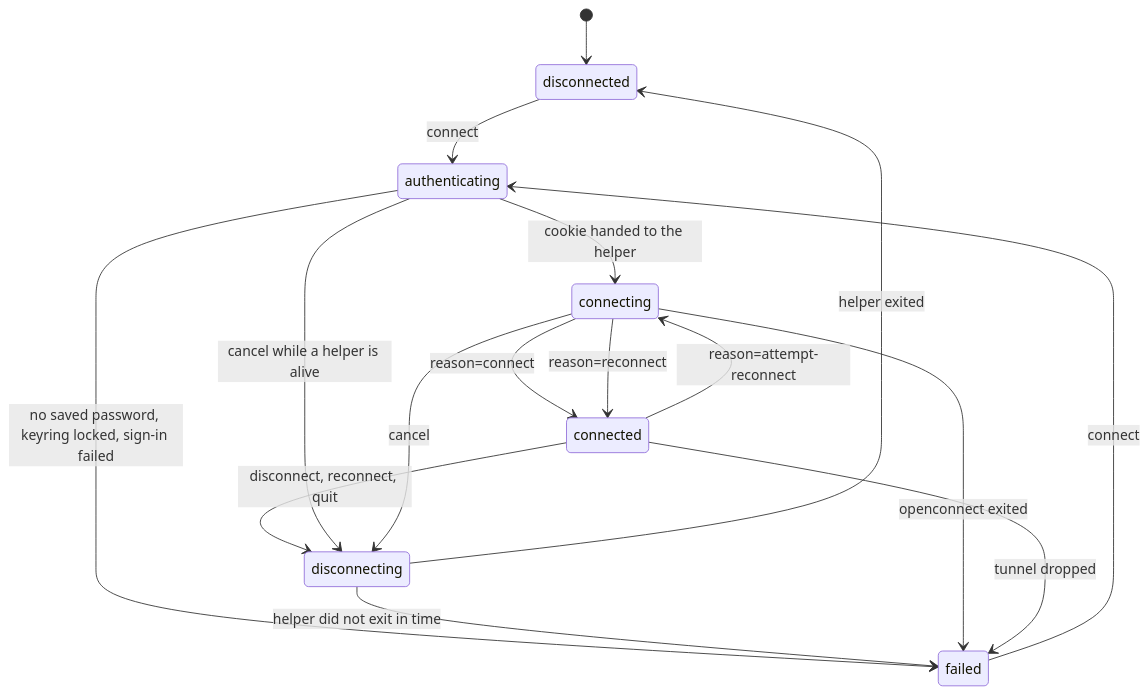
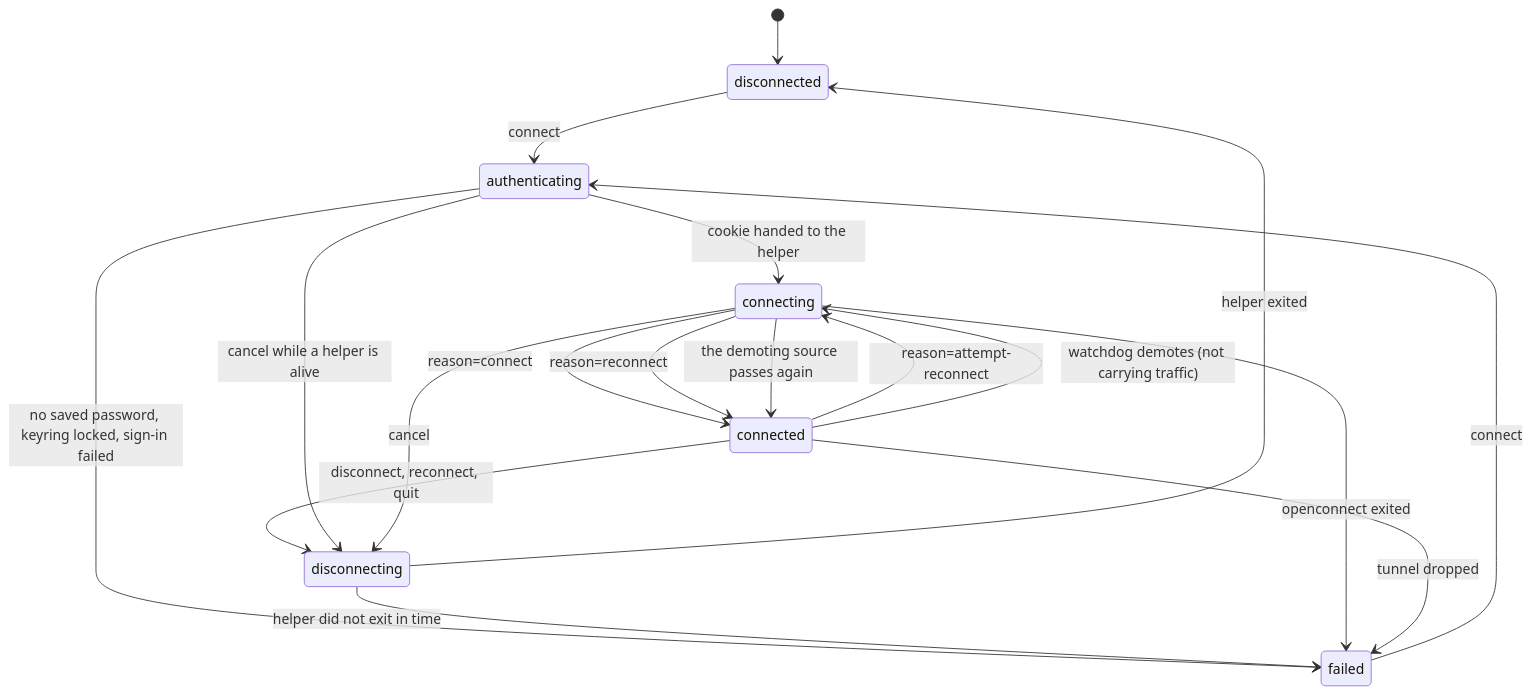
One commit to Qing-LAB/ASU_VPN_SSO changed the third of 4 diagrams in DESIGN.md. Above: the diagram before and after it, drawn with Mermaid. The commit also changed other lines of this file and 21 other files, not shown here.

````diff
--- a/DESIGN.md
+++ b/DESIGN.md
@@ -161,18 +180,20 @@
 ```mermaid
 stateDiagram-v2
     [*] --> disconnected
     disconnected --> authenticating: connect
     failed --> authenticating: connect
     authenticating --> connecting: cookie handed to the helper
     authenticating --> failed: no saved password, keyring locked, sign-in failed
     connecting --> connected: reason=connect
     connected --> connecting: reason=attempt-reconnect
     connecting --> connected: reason=reconnect
     connected --> disconnecting: disconnect, reconnect, quit
     authenticating --> disconnecting: cancel while a helper is alive
     connecting --> disconnecting: cancel
     disconnecting --> disconnected: helper exited
     disconnecting --> failed: helper did not exit in time
+    connected --> connecting: watchdog demotes (not carrying traffic)
+    connecting --> connected: the demoting source passes again
     connecting --> failed: openconnect exited
     connected --> failed: tunnel dropped
 ```
````
